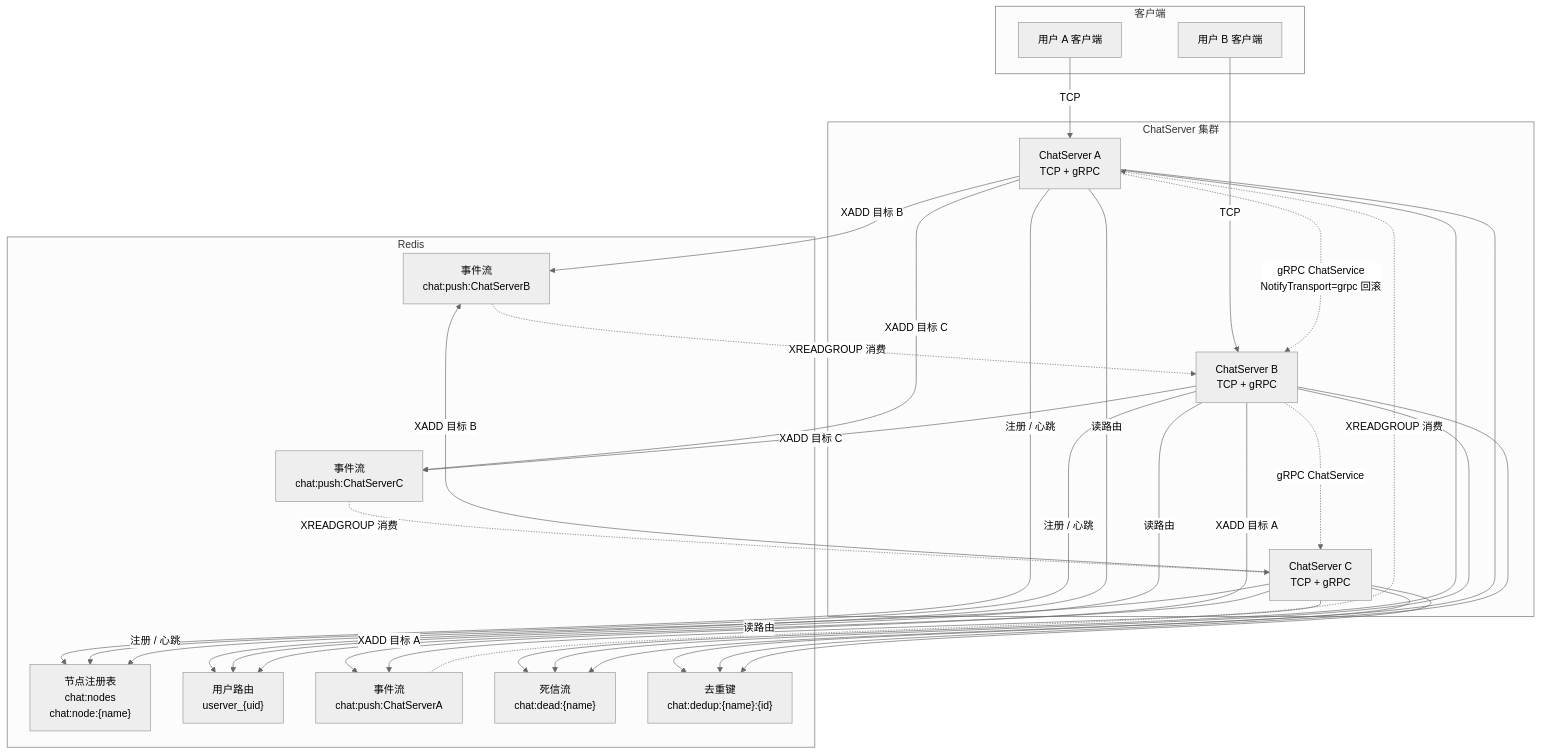
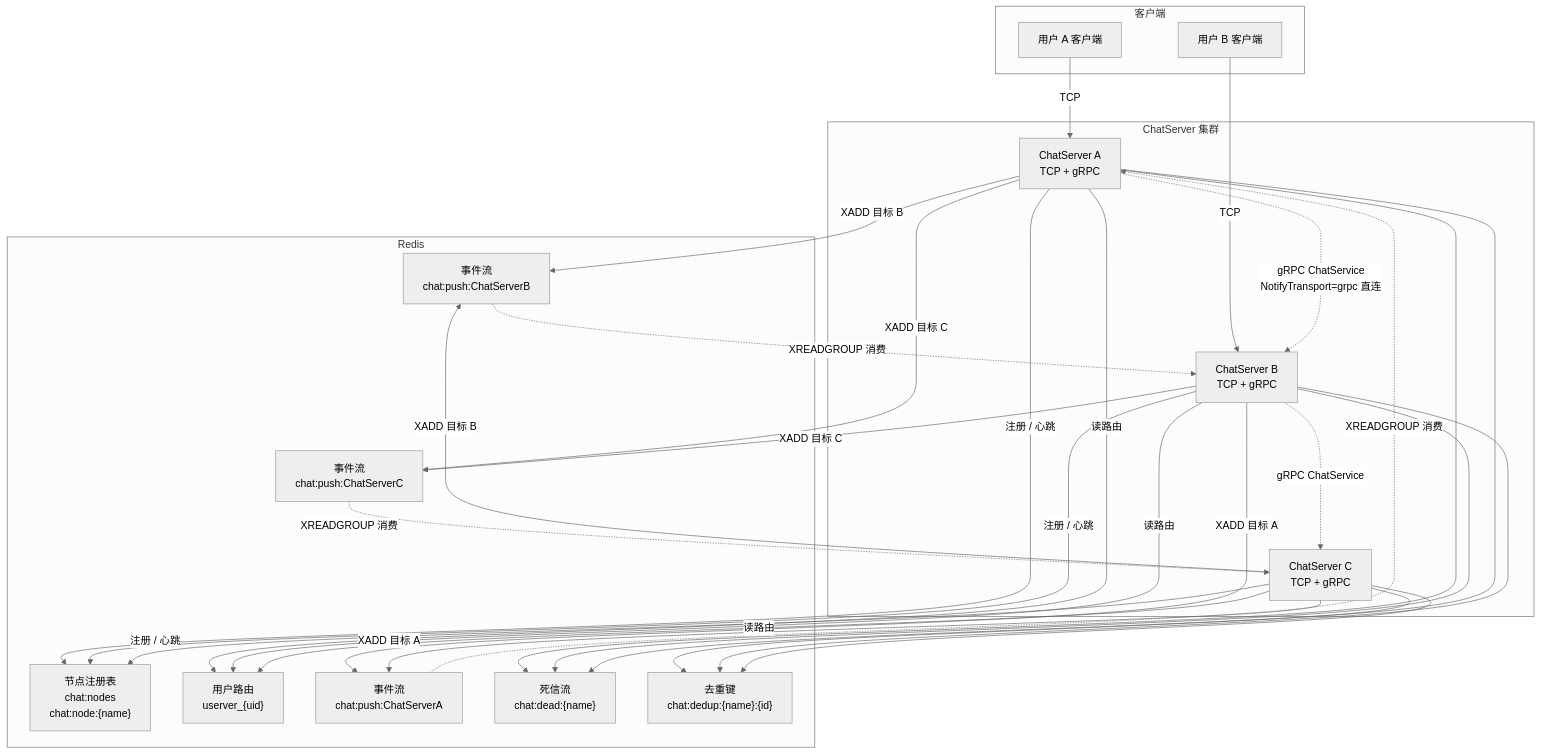
The third of 6 diagrams in Servers/CLUSTER_COMMUNICATION.md (codeT2001/MyChat), drawn with Mermaid (neutral theme) before and after one commit. The commit also changed other lines of this file and 6 other files, not shown here.

````diff
--- a/Servers/CLUSTER_COMMUNICATION.md
+++ b/Servers/CLUSTER_COMMUNICATION.md
@@ -98,55 +92,55 @@
 ```mermaid
 flowchart TB
     subgraph clients["客户端"]
         CA["用户 A 客户端"]
         CB["用户 B 客户端"]
     end
 
     subgraph chat["ChatServer 集群"]
         SA["ChatServer A<br/>TCP + gRPC"]
         SB["ChatServer B<br/>TCP + gRPC"]
         SC["ChatServer C<br/>TCP + gRPC"]
     end
 
     subgraph redis["Redis"]
         REG["节点注册表<br/>chat:nodes<br/>chat:node:{name}"]
         ROUTE["用户路由<br/>userver_{uid}"]
         QA["事件流<br/>chat:push:ChatServerA"]
         QB["事件流<br/>chat:push:ChatServerB"]
         QC["事件流<br/>chat:push:ChatServerC"]
         DEAD["死信流<br/>chat:dead:{name}"]
         DEDUP["去重键<br/>chat:dedup:{name}:{id}"]
     end
 
     CA -->|TCP| SA
     CB -->|TCP| SB
 
     SA -->|注册 / 心跳| REG
     SB -->|注册 / 心跳| REG
     SC -->|注册 / 心跳| REG
 
     SA -->|读路由| ROUTE
     SB -->|读路由| ROUTE
     SC -->|读路由| ROUTE
 
     SA -->|XADD 目标 B| QB
     SA -->|XADD 目标 C| QC
     SB -->|XADD 目标 A| QA
     SB -->|XADD 目标 C| QC
     SC -->|XADD 目标 A| QA
     SC -->|XADD 目标 B| QB
 
     QA -.->|XREADGROUP 消费| SA
     QB -.->|XREADGROUP 消费| SB
     QC -.->|XREADGROUP 消费| SC
 
     SA --> DEAD
     SB --> DEAD
     SC --> DEAD
     SA --> DEDUP
     SB --> DEDUP
     SC --> DEDUP
 
-    SA -.->|gRPC ChatService<br/>NotifyTransport=grpc 回滚| SB
+    SA -.->|gRPC ChatService<br/>NotifyTransport=grpc 直连| SB
     SB -.->|gRPC ChatService| SC
 ```
````
